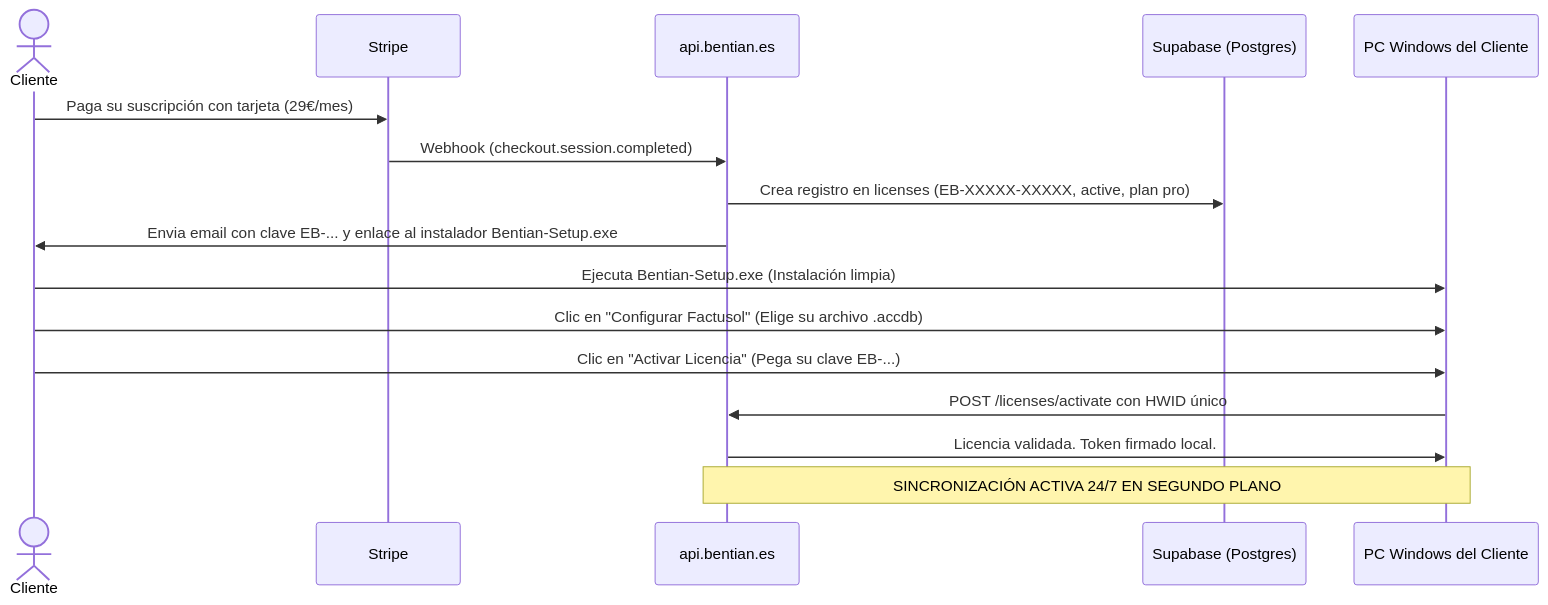
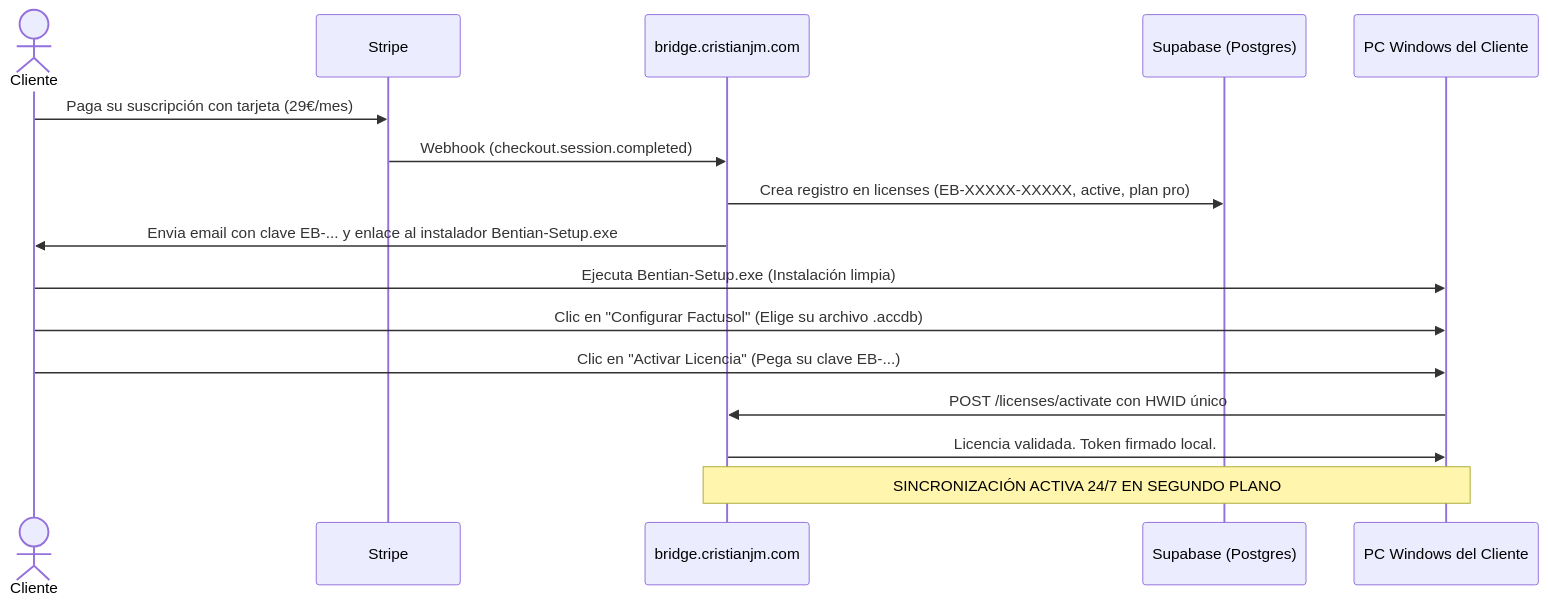
Before and after one commit to CristianJimenezMartinez/erp-bridge: the diagram in docs/DEPLOYMENT_PLAYBOOK.md, drawn with Mermaid. The commit also changed other lines of this file and 3 other files, not shown here.

Commit message:
fix(domain): consolidate production URLs to bridge.cristianjm.com

````diff
--- a/docs/DEPLOYMENT_PLAYBOOK.md
+++ b/docs/DEPLOYMENT_PLAYBOOK.md
@@ -132,19 +116,19 @@
 ```mermaid
 sequenceDiagram
     actor Cliente
     participant Stripe
-    participant API as api.bentian.es
+    participant API as bridge.cristianjm.com
     participant DB as Supabase (Postgres)
     participant Windows as PC Windows del Cliente
 
     Cliente->>Stripe: Paga su suscripción con tarjeta (29€/mes)
     Stripe->>API: Webhook (checkout.session.completed)
     API->>DB: Crea registro en licenses (EB-XXXXX-XXXXX, active, plan pro)
     API->>Cliente: Envia email con clave EB-... y enlace al instalador Bentian-Setup.exe
     Cliente->>Windows: Ejecuta Bentian-Setup.exe (Instalación limpia)
     Cliente->>Windows: Clic en "Configurar Factusol" (Elige su archivo .accdb)
     Cliente->>Windows: Clic en "Activar Licencia" (Pega su clave EB-...)
     Windows->>API: POST /licenses/activate con HWID único
     API->>Windows: Licencia validada. Token firmado local.
     Note over Windows,API: SINCRONIZACIÓN ACTIVA 24/7 EN SEGUNDO PLANO
 ```
````
